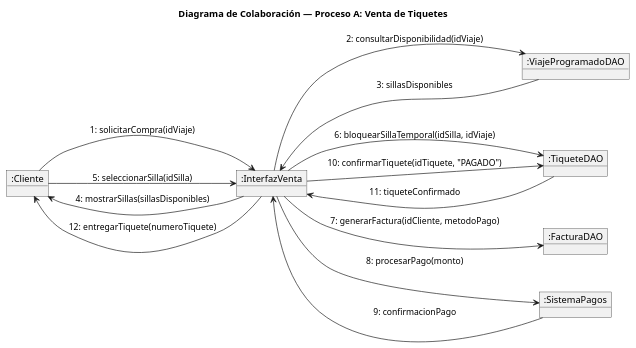
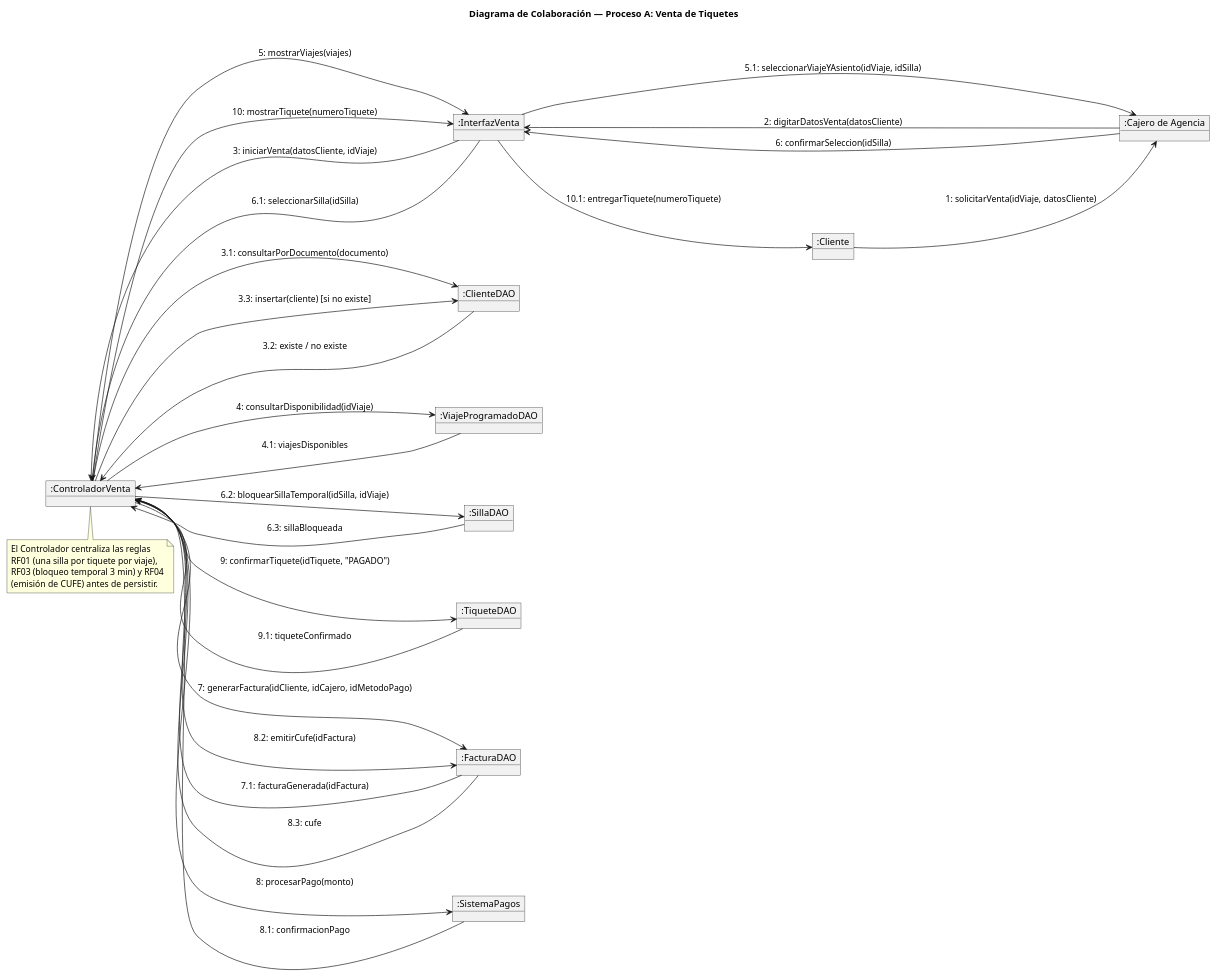
The diagram in docs/parcial-primer-corte/diagramas/colaboracion/colaboracion-venta-tiquetes.puml (SKing25/Copetran-), drawn with PlantUML before and after one commit. The commit also changed 23 other files, not shown here.

```diff
--- a/docs/parcial-primer-corte/diagramas/colaboracion/colaboracion-venta-tiquetes.puml
+++ b/docs/parcial-primer-corte/diagramas/colaboracion/colaboracion-venta-tiquetes.puml
@@ -1,24 +1,49 @@
 @startuml colaboracion_venta_tiquetes
 title Diagrama de Colaboración — Proceso A: Venta de Tiquetes
+skinparam nodesep 50
+skinparam ranksep 70
 left to right direction
 
 object ":Cliente" as cliente
+object ":Cajero de Agencia" as cajero
 object ":InterfazVenta" as ui
+object ":ControladorVenta" as ctrl
+object ":ClienteDAO" as clienteDAO
 object ":ViajeProgramadoDAO" as viajeDAO
+object ":SillaDAO" as sillaDAO
 object ":TiqueteDAO" as tiqueteDAO
 object ":FacturaDAO" as facturaDAO
 object ":SistemaPagos" as pagos
 
-cliente --> ui : 1: solicitarCompra(idViaje)
-ui --> viajeDAO : 2: consultarDisponibilidad(idViaje)
-viajeDAO --> ui : 3: sillasDisponibles
-ui --> cliente : 4: mostrarSillas(sillasDisponibles)
-cliente --> ui : 5: seleccionarSilla(idSilla)
-ui --> tiqueteDAO : 6: bloquearSillaTemporal(idSilla, idViaje)
-ui --> facturaDAO : 7: generarFactura(idCliente, metodoPago)
-ui --> pagos : 8: procesarPago(monto)
-pagos --> ui : 9: confirmacionPago
-ui --> tiqueteDAO : 10: confirmarTiquete(idTiquete, "PAGADO")
-tiqueteDAO --> ui : 11: tiqueteConfirmado
-ui --> cliente : 12: entregarTiquete(numeroTiquete)
+cliente --> cajero : 1: solicitarVenta(idViaje, datosCliente)
+cajero --> ui : 2: digitarDatosVenta(datosCliente)
+ui --> ctrl : 3: iniciarVenta(datosCliente, idViaje)
+ctrl --> clienteDAO : 3.1: consultarPorDocumento(documento)
+clienteDAO --> ctrl : 3.2: existe / no existe
+ctrl --> clienteDAO : 3.3: insertar(cliente) [si no existe]
+ctrl --> viajeDAO : 4: consultarDisponibilidad(idViaje)
+viajeDAO --> ctrl : 4.1: viajesDisponibles
+ctrl --> ui : 5: mostrarViajes(viajes)
+ui --> cajero : 5.1: seleccionarViajeYAsiento(idViaje, idSilla)
+cajero --> ui : 6: confirmarSeleccion(idSilla)
+ui --> ctrl : 6.1: seleccionarSilla(idSilla)
+ctrl --> sillaDAO : 6.2: bloquearSillaTemporal(idSilla, idViaje)
+sillaDAO --> ctrl : 6.3: sillaBloqueada
+ctrl --> facturaDAO : 7: generarFactura(idCliente, idCajero, idMetodoPago)
+facturaDAO --> ctrl : 7.1: facturaGenerada(idFactura)
+ctrl --> pagos : 8: procesarPago(monto)
+pagos --> ctrl : 8.1: confirmacionPago
+ctrl --> facturaDAO : 8.2: emitirCufe(idFactura)
+facturaDAO --> ctrl : 8.3: cufe
+ctrl --> tiqueteDAO : 9: confirmarTiquete(idTiquete, "PAGADO")
+tiqueteDAO --> ctrl : 9.1: tiqueteConfirmado
+ctrl --> ui : 10: mostrarTiquete(numeroTiquete)
+ui --> cliente : 10.1: entregarTiquete(numeroTiquete)
+
+note bottom of ctrl
+  El Controlador centraliza las reglas
+  RF01 (una silla por tiquete por viaje),
+  RF03 (bloqueo temporal 3 min) y RF04
+  (emisión de CUFE) antes de persistir.
+end note
 @enduml
```
